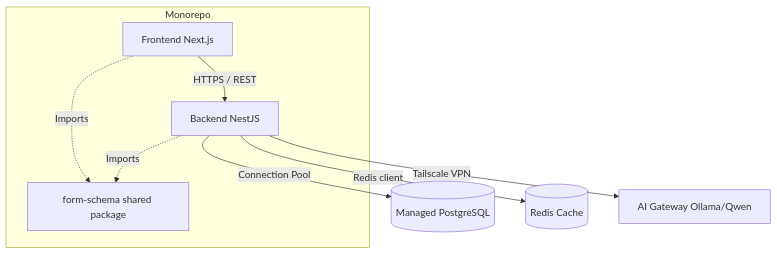
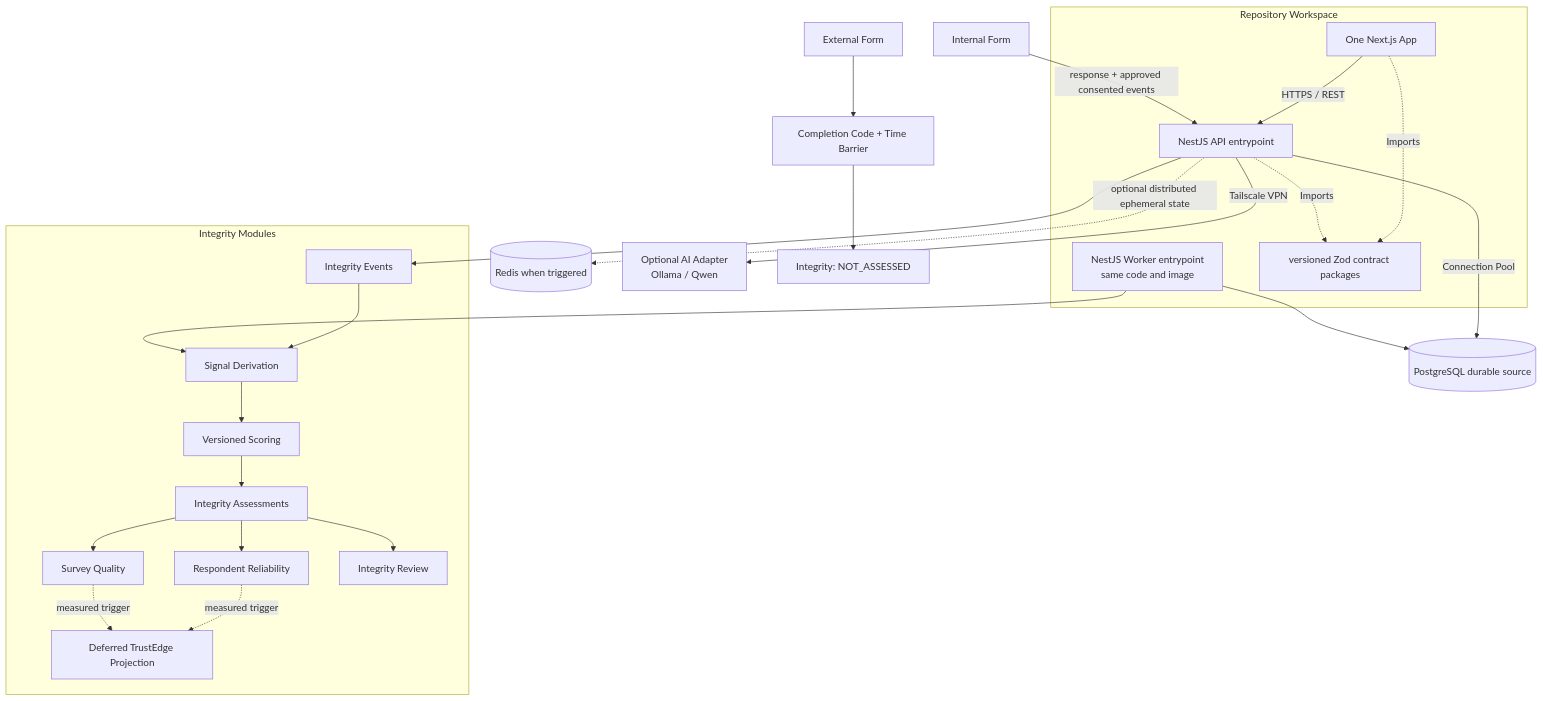
Before and after one commit to qxh1145/project-rescom: the diagram in _bmad-output/planning-artifacts/architecture/architecture-project-rescom-2026-08-08/ARCHITECTURE-SPINE.md, drawn with Mermaid. The commit also changed other lines of this file and 48 other files, not shown here.

````diff
--- a/_bmad-output/planning-artifacts/architecture/architecture-project-rescom-2026-08-08/ARCHITECTURE-SPINE.md
+++ b/_bmad-output/planning-artifacts/architecture/architecture-project-rescom-2026-08-08/ARCHITECTURE-SPINE.md
@@ -25,16 +46,36 @@
 ```mermaid
 flowchart TD
-    FE[Frontend Next.js] -->|HTTPS / REST| BE[Backend NestJS]
-    BE -->|Connection Pool| DB[(Managed PostgreSQL)]
-    BE -->|Redis client| Redis[(Redis Cache)]
-    BE -->|Tailscale VPN| AI[AI Gateway Ollama/Qwen]
-    
-    subgraph Monorepo
+    FE[One Next.js App] -->|HTTPS / REST| API[NestJS API entrypoint]
+    API -->|Connection Pool| DB[(PostgreSQL durable source)]
+    Worker[NestJS Worker entrypoint\nsame code and image] --> DB
+    API -. optional distributed ephemeral state .-> Redis[(Redis when triggered)]
+    API -->|Tailscale VPN| AI[Optional AI Adapter\nOllama / Qwen]
+
+    IF[Internal Form] -->|response + approved consented events| API
+    EF[External Form] --> VC[Completion Code + Time Barrier]
+    VC --> NA[Integrity: NOT_ASSESSED]
+
+    subgraph Integrity Modules
+        IE[Integrity Events] --> IS[Signal Derivation]
+        IS --> SC[Versioned Scoring]
+        SC --> IA[Integrity Assessments]
+        IA --> RR[Respondent Reliability]
+        IA --> SQ[Survey Quality]
+        IA --> RV[Integrity Review]
+        RR -. measured trigger .-> TG[Deferred TrustEdge Projection]
+        SQ -. measured trigger .-> TG
+    end
+
+    API --> IE
+    Worker --> IS
+
+    subgraph Repository Workspace
         FE
-        BE
-        Schema[form-schema shared package]
+        API
+        Worker
+        Schemas[versioned Zod contract packages]
     end
-    
-    FE -.->|Imports| Schema
-    BE -.->|Imports| Schema
+
+    FE -.->|Imports| Schemas
+    API -.->|Imports| Schemas
 ```
````
